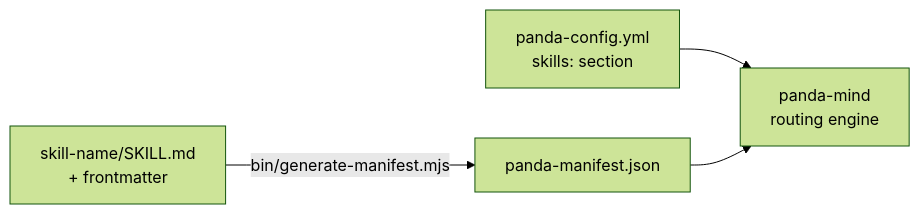
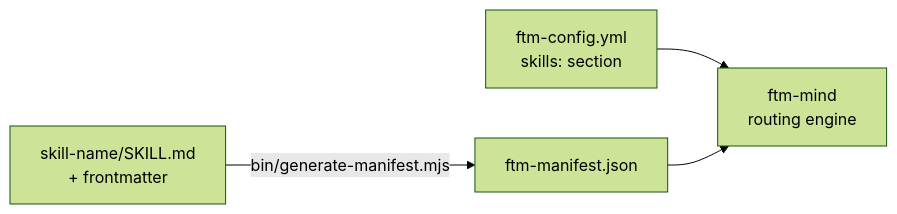
The fifth of 6 diagrams in docs/ARCHITECTURE.md (kkudumu/feed-the-machine), drawn with Mermaid (forest theme) before and after one commit. The commit also changed other lines of this file and 199 other files, not shown here.

First line of the commit message:
refactor: rename panda → FTM across entire skill ecosystem

````diff
--- a/docs/ARCHITECTURE.md
+++ b/docs/ARCHITECTURE.md
@@ -190,6 +190,6 @@
 ```mermaid
 flowchart LR
-    YML["skill-name/SKILL.md\n+ frontmatter"] -->|"bin/generate-manifest.mjs"| Manifest["panda-manifest.json"]
-    Config["panda-config.yml\nskills: section"] --> Mind
-    Manifest --> Mind["panda-mind\nrouting engine"]
+    YML["skill-name/SKILL.md\n+ frontmatter"] -->|"bin/generate-manifest.mjs"| Manifest["ftm-manifest.json"]
+    Config["ftm-config.yml\nskills: section"] --> Mind
+    Manifest --> Mind["ftm-mind\nrouting engine"]
 ```
````
